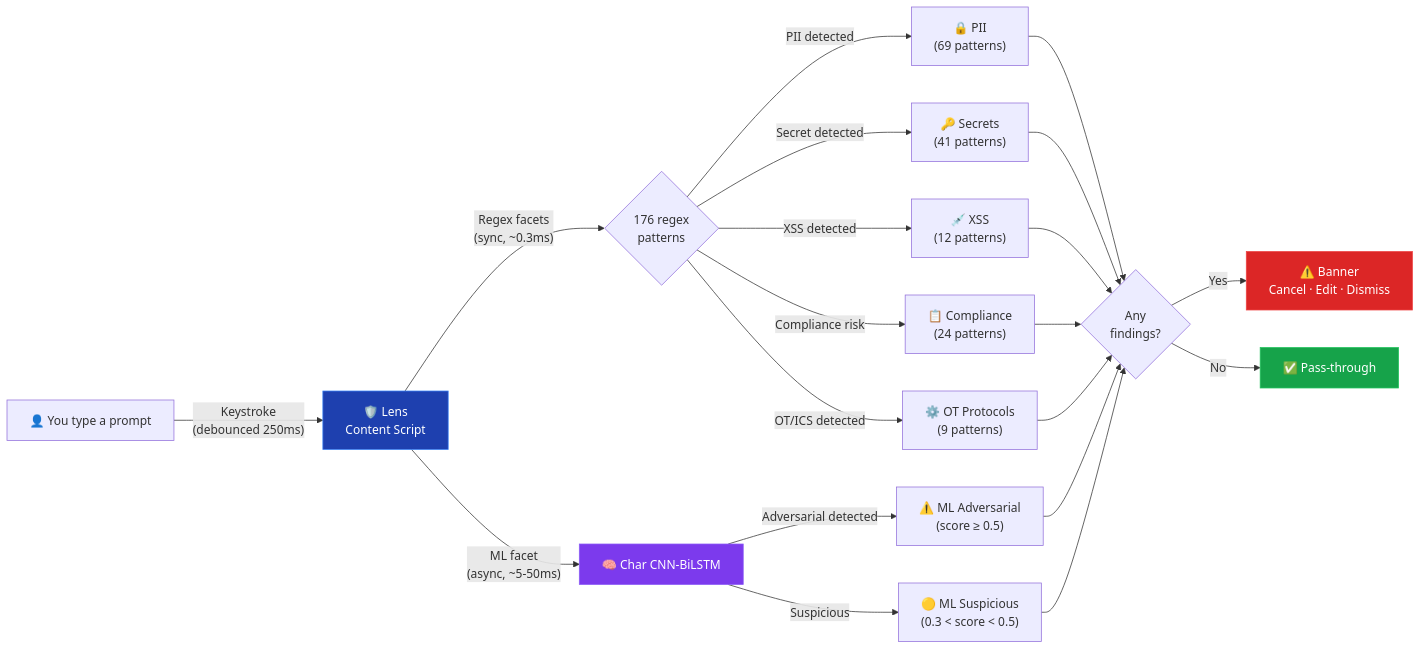
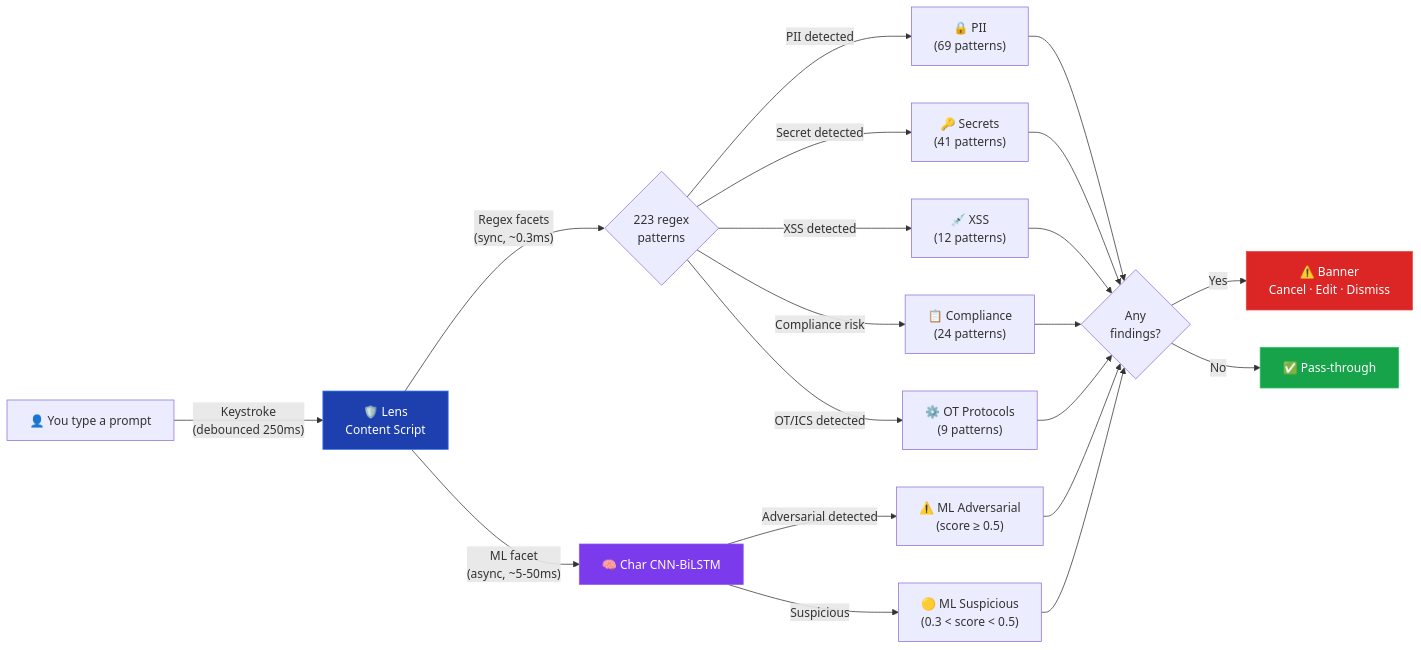
Before and after one commit to aegisgatesecurity/aegisgate-lens: the diagram in README.md, drawn with Mermaid. The commit also changed other lines of this file and 6 other files, not shown here.

````diff
--- a/README.md
+++ b/README.md
@@ -107,23 +107,23 @@
 ```mermaid
 flowchart LR
     User["👤 You type a prompt"] -->|"Keystroke<br/>(debounced 250ms)"| Lens["🛡️ Lens<br/>Content Script"]
-    Lens -->|"Regex facets<br/>(sync, ~0.3ms)"| Regex{"176 regex<br/>patterns"}
+    Lens -->|"Regex facets<br/>(sync, ~0.3ms)"| Regex{"223 regex<br/>patterns"}
     Lens -->|"ML facet<br/>(async, ~5-50ms)"| ML["🧠 Char CNN-BiLSTM"]
 
     Regex -->|"PII detected"| PII["🔒 PII<br/>(69 patterns)"]
     Regex -->|"Secret detected"| Secret["🔑 Secrets<br/>(41 patterns)"]
     Regex -->|"XSS detected"| XSS["💉 XSS<br/>(12 patterns)"]
     Regex -->|"Compliance risk"| Comp["📋 Compliance<br/>(24 patterns)"]
     Regex -->|"OT/ICS detected"| OT["⚙️ OT Protocols<br/>(9 patterns)"]
     ML -->|"Adversarial detected"| Adv["⚠️ ML Adversarial<br/>(score ≥ 0.5)"]
     ML -->|"Suspicious"| Sus["🟡 ML Suspicious<br/>(0.3 < score < 0.5)"]
 
     PII & Secret & XSS & Comp & OT & Adv & Sus --> Decision{"Any<br/>findings?"}
     Decision -->|"Yes"| Banner["⚠️ Banner<br/>Cancel · Edit · Dismiss"]
     Decision -->|"No"| Pass["✅ Pass-through"]
 
     style Lens fill:#1e40af,stroke:#3b82f6,color:#fff
     style ML fill:#7c3aed,stroke:#8b5cf6,color:#fff
     style Banner fill:#dc2626,stroke:#ef4444,color:#fff
     style Pass fill:#16a34a,stroke:#22c55e,color:#fff
 ```
````
